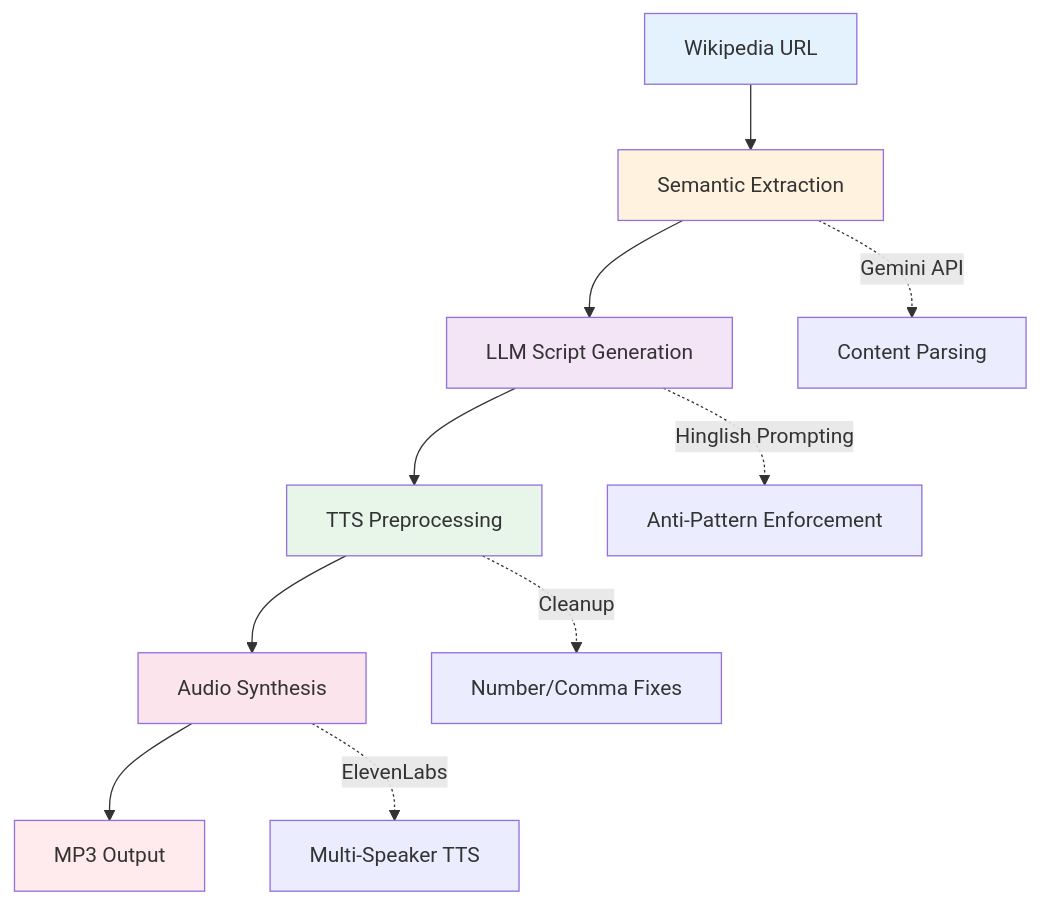
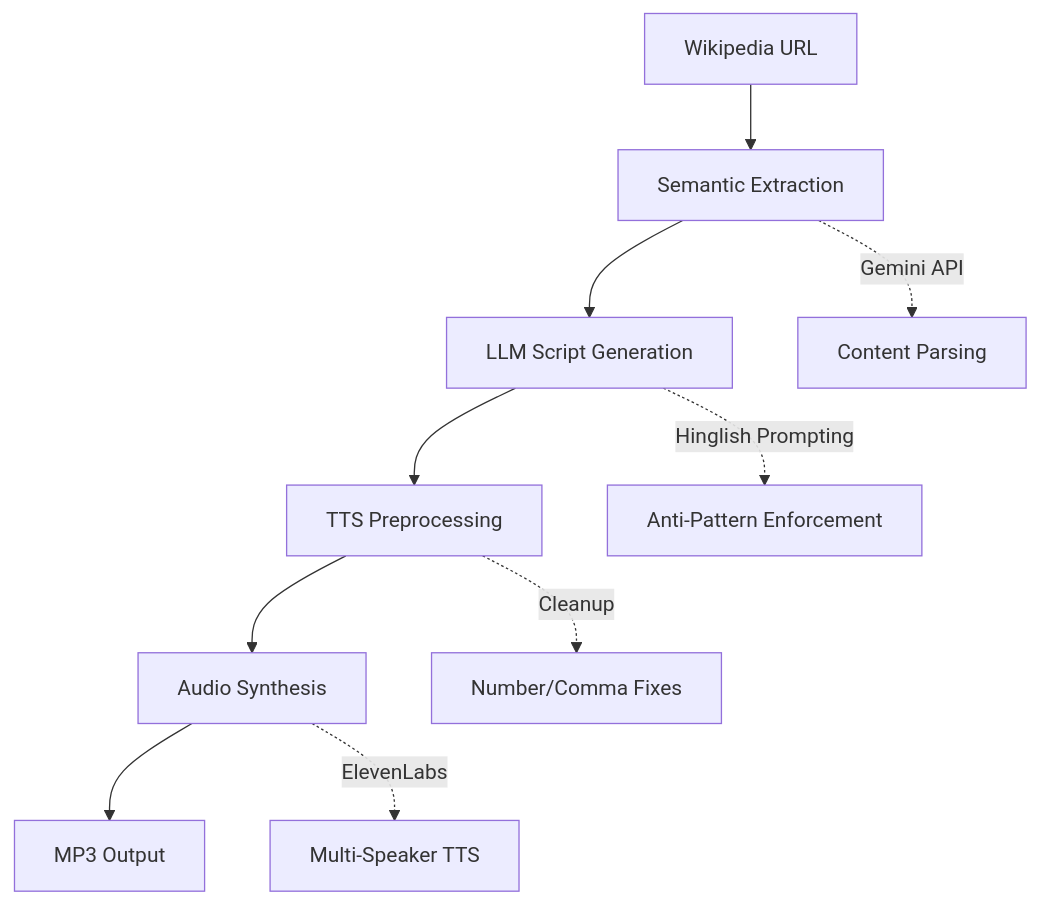
The second of 2 diagrams in README.md (Hazenbox/Vani-ai), drawn with Mermaid before and after one commit. The commit also changed other lines of this file, not shown here.

First line of the commit message:
fix: improve README - audio player, diagram visibility, credits section

````diff
--- a/README.md
+++ b/README.md
@@ -241,20 +234,13 @@
 ```mermaid
 graph TD
     A[Wikipedia URL] --> B[Semantic Extraction]
     B --> C[LLM Script Generation]
     C --> D[TTS Preprocessing]
     D --> E[Audio Synthesis]
     E --> F[MP3 Output]
     
     B -.->|Gemini API| B1[Content Parsing]
     C -.->|Hinglish Prompting| C1[Anti-Pattern Enforcement]
     D -.->|Cleanup| D1[Number/Comma Fixes]
     E -.->|ElevenLabs| E1[Multi-Speaker TTS]
-    
-    style A fill:#e3f2fd
-    style B fill:#fff3e0
-    style C fill:#f3e5f5
-    style D fill:#e8f5e9
-    style E fill:#fce4ec
-    style F fill:#ffebee
 ```
````
